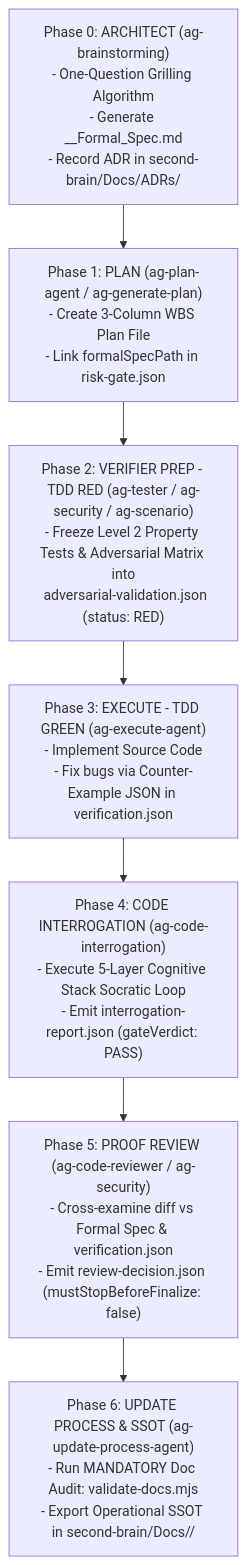
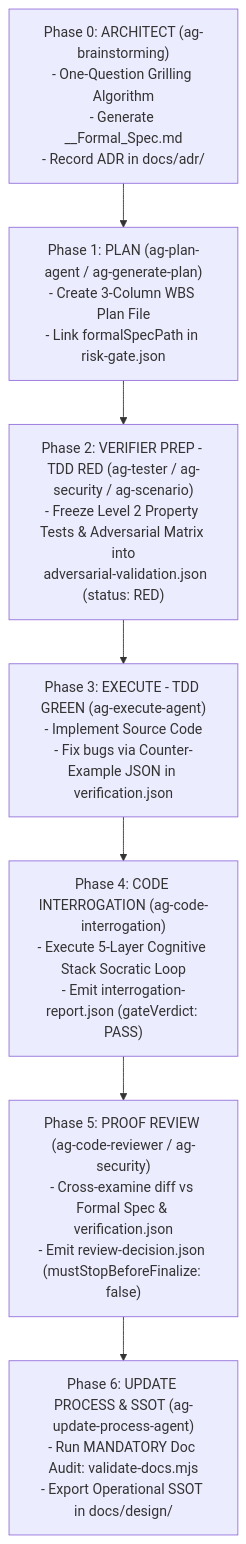
Before and after one commit to ngxccc/agent-skills-kit: the diagram in README.md, drawn with Mermaid. The commit also changed other lines of this file and 4 other files, not shown here.

Commit message:
docs(standards): standardize workflow docs destination to docs/design and ADRs to docs/adr

````diff
--- a/README.md
+++ b/README.md
@@ -53,9 +53,9 @@
 ```mermaid
 flowchart TD
-    Phase0["Phase 0: ARCHITECT (ag-brainstorming)\n- One-Question Grilling Algorithm\n- Generate <Feature>_<Topic>_Formal_Spec.md\n- Record ADR in second-brain/Docs/ADRs/"] --> Phase1["Phase 1: PLAN (ag-plan-agent / ag-generate-plan)\n- Create 3-Column WBS Plan File\n- Link formalSpecPath in risk-gate.json"]
+    Phase0["Phase 0: ARCHITECT (ag-brainstorming)\n- One-Question Grilling Algorithm\n- Generate <Feature>_<Topic>_Formal_Spec.md\n- Record ADR in docs/adr/"] --> Phase1["Phase 1: PLAN (ag-plan-agent / ag-generate-plan)\n- Create 3-Column WBS Plan File\n- Link formalSpecPath in risk-gate.json"]
     Phase1 --> Phase2["Phase 2: VERIFIER PREP - TDD RED (ag-tester / ag-security / ag-scenario)\n- Freeze Level 2 Property Tests & Adversarial Matrix into\n  adversarial-validation.json (status: RED)"]
     Phase2 --> Phase3["Phase 3: EXECUTE - TDD GREEN (ag-execute-agent)\n- Implement Source Code\n- Fix bugs via Counter-Example JSON in verification.json"]
     Phase3 --> Phase4["Phase 4: CODE INTERROGATION (ag-code-interrogation)\n- Execute 5-Layer Cognitive Stack Socratic Loop\n- Emit interrogation-report.json (gateVerdict: PASS)"]
     Phase4 --> Phase5["Phase 5: PROOF REVIEW (ag-code-reviewer / ag-security)\n- Cross-examine diff vs Formal Spec & verification.json\n- Emit review-decision.json (mustStopBeforeFinalize: false)"]
-    Phase5 --> Phase6["Phase 6: UPDATE PROCESS & SSOT (ag-update-process-agent)\n- Run MANDATORY Doc Audit: validate-docs.mjs\n- Export Operational SSOT in second-brain/Docs/<Topic>/"]
+    Phase5 --> Phase6["Phase 6: UPDATE PROCESS & SSOT (ag-update-process-agent)\n- Run MANDATORY Doc Audit: validate-docs.mjs\n- Export Operational SSOT in docs/design/"]
 ```
````
